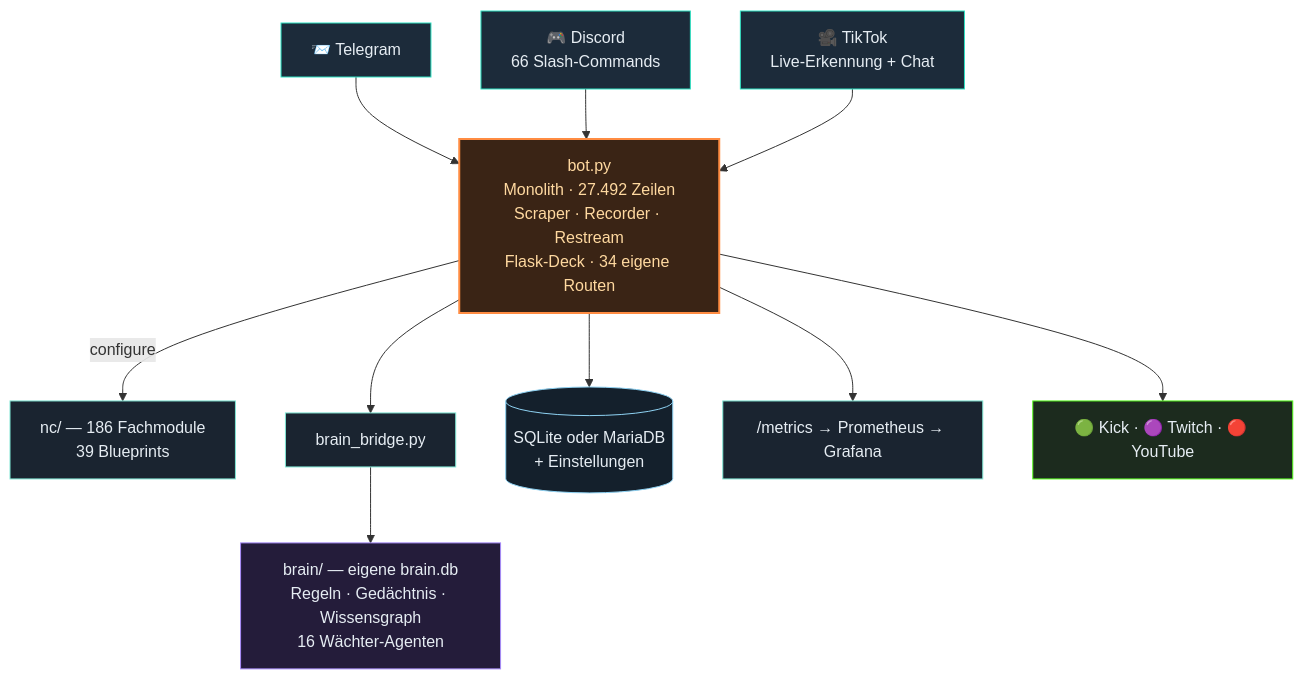
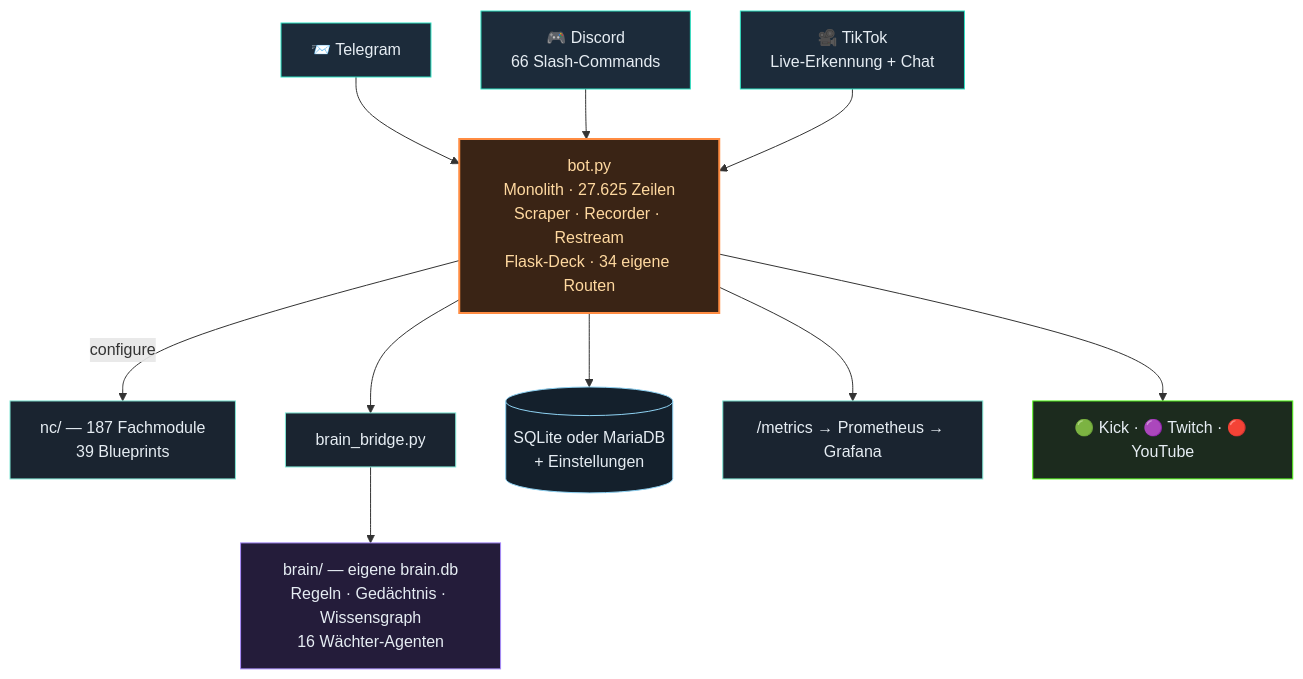
Before and after one commit to itsamemedev/Telegram-Stream-Info-Bot: the second of 3 diagrams in README.md, drawn with Mermaid. The commit also changed other lines of this file and 14 other files, not shown here.

````diff
--- a/README.md
+++ b/README.md
@@ -118,19 +118,19 @@
 ```mermaid
 flowchart TB
     TG["📨 Telegram"]:::ein --> BOT
     DC["🎮 Discord<br/>66 Slash-Commands"]:::ein --> BOT
     TT["🎥 TikTok<br/>Live-Erkennung + Chat"]:::ein --> BOT
-    BOT["bot.py<br/>Monolith · 27.492 Zeilen<br/>Scraper · Recorder · Restream<br/>Flask-Deck · 34 eigene Routen"]:::core
-    BOT -->|configure| NC["nc/ — 186 Fachmodule<br/>39 Blueprints"]:::lib
+    BOT["bot.py<br/>Monolith · 27.625 Zeilen<br/>Scraper · Recorder · Restream<br/>Flask-Deck · 34 eigene Routen"]:::core
+    BOT -->|configure| NC["nc/ — 187 Fachmodule<br/>39 Blueprints"]:::lib
     BOT --> BR["brain_bridge.py"]:::lib
     BR --> BRAIN["brain/ — eigene brain.db<br/>Regeln · Gedächtnis · Wissensgraph<br/>16 Wächter-Agenten"]:::brain
     BOT --> DB[("SQLite oder MariaDB<br/>+ Einstellungen")]:::db
     BOT --> PROM["/metrics → Prometheus → Grafana"]:::lib
     BOT --> OUT["🟢 Kick · 🟣 Twitch · 🔴 YouTube"]:::out
     classDef ein fill:#1c2b3a,stroke:#2de1c2,color:#e6edf3
     classDef core fill:#3a2415,stroke:#ff8c42,stroke-width:2px,color:#ffd9a0
     classDef lib fill:#1a2430,stroke:#7fe7d4,color:#e6edf3
     classDef brain fill:#241c3a,stroke:#a78bfa,color:#e6edf3
     classDef db fill:#14202c,stroke:#8fd3f4,color:#e6edf3
     classDef out fill:#1c2b1e,stroke:#53fc18,color:#e6edf3
 ```
````
